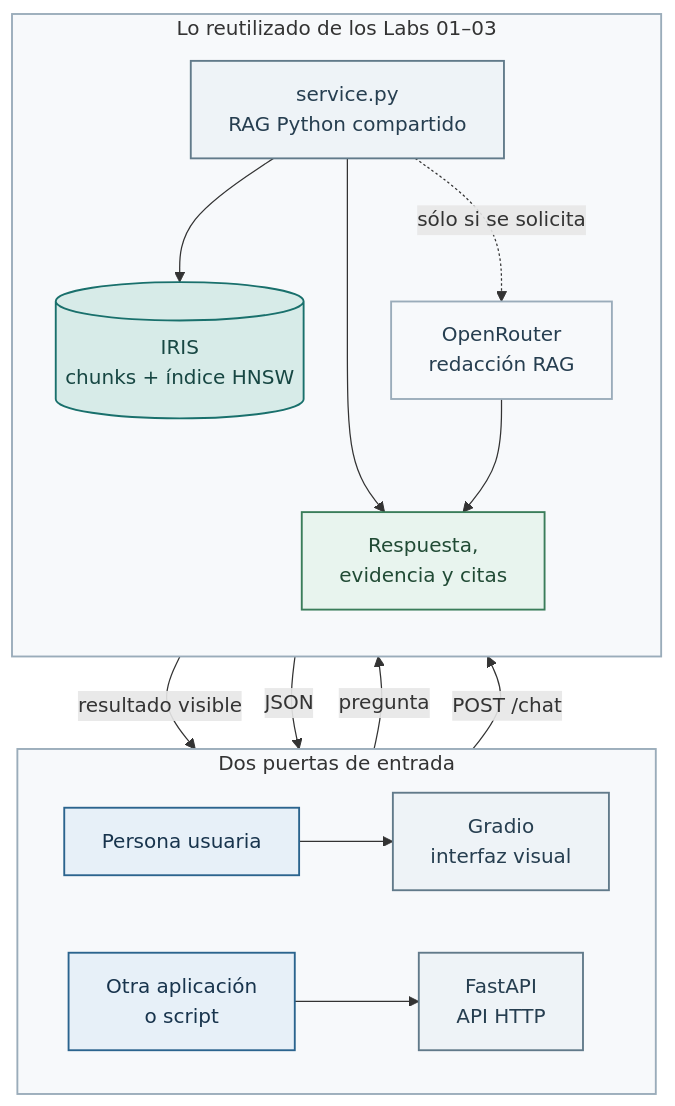
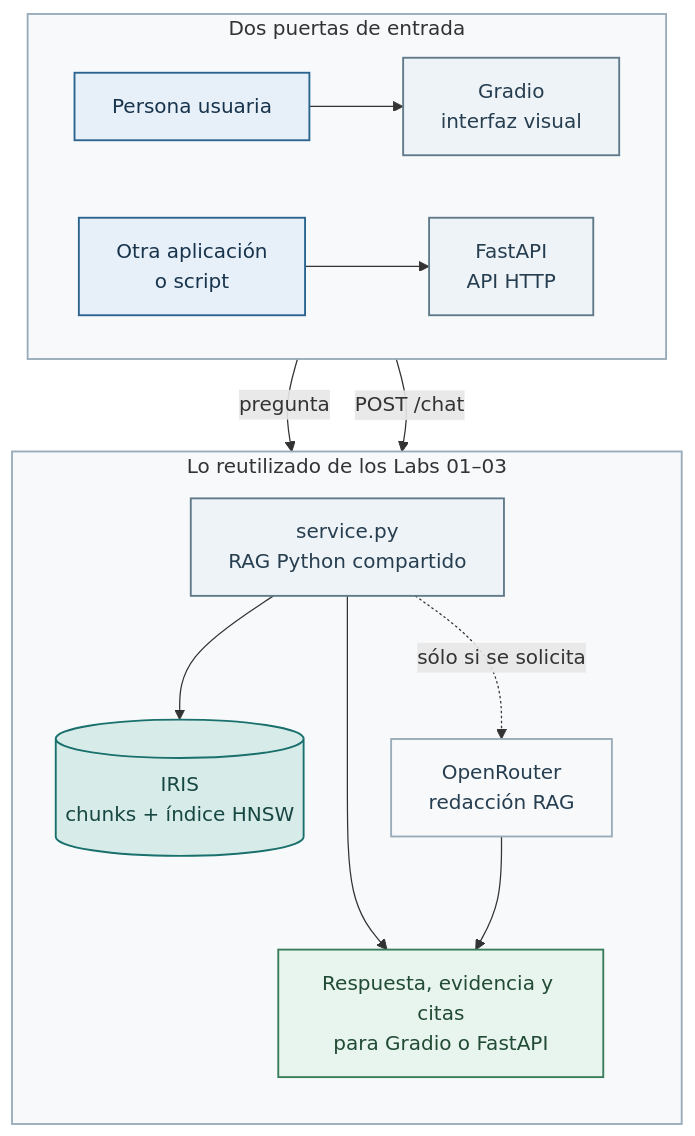
Before and after one commit to intersystems-ib/curso-ia-asistentes-iris: the first of 2 diagrams in labs/opcionales/ui-asistente/README.md, drawn with Mermaid. The commit also changed other lines of this file and 7 other files, not shown here.

Commit message:
docs: layout diagramas mermaid

````diff
--- a/labs/opcionales/ui-asistente/README.md
+++ b/labs/opcionales/ui-asistente/README.md
@@ -20,34 +20,32 @@
 ```mermaid
 flowchart TB
     subgraph Entry[Dos puertas de entrada]
         direction LR
         Student[Persona usuaria] --> UI[Gradio<br/>interfaz visual]
         Client[Otra aplicación<br/>o script] --> API[FastAPI<br/>API HTTP]
     end
 
     subgraph Shared[Lo reutilizado de los Labs 01–03]
         direction TB
         Service[service.py<br/>RAG Python compartido] --> Store[(IRIS<br/>chunks + índice HNSW)]
-        Service --> Result[Respuesta,<br/>evidencia y citas]
+        Service --> Result[Respuesta, evidencia y citas<br/>para Gradio o FastAPI]
         Service -. "sólo si se solicita" .-> OpenRouter[OpenRouter<br/>redacción RAG]
     end
 
     UI -->|pregunta| Service
     API -->|POST /chat| Service
-    Result -->|resultado visible| UI
-    Result -->|JSON| API
     OpenRouter --> Result
 
     classDef input fill:#E7F0F8,stroke:#2B648E,color:#18344D,stroke-width:1.5px;
     classDef process fill:#EEF3F7,stroke:#617A8A,color:#263E50,stroke-width:1.5px;
     classDef iris fill:#D7EBE8,stroke:#19706C,color:#174743,stroke-width:1.5px;
     classDef outcome fill:#E8F4EE,stroke:#3A7D5A,color:#214B35,stroke-width:1.5px;
     classDef optional fill:#F7F9FB,stroke:#9AACBA,color:#263E50,stroke-width:1.5px;
     class Student,Client input;
     class UI,API,Service process;
     class Store iris;
     class Result outcome;
     class OpenRouter optional;
     style Entry fill:#F7F9FB,stroke:#9AACBA,stroke-width:1.5px;
     style Shared fill:#F7F9FB,stroke:#9AACBA,stroke-width:1.5px;
 ```
````
